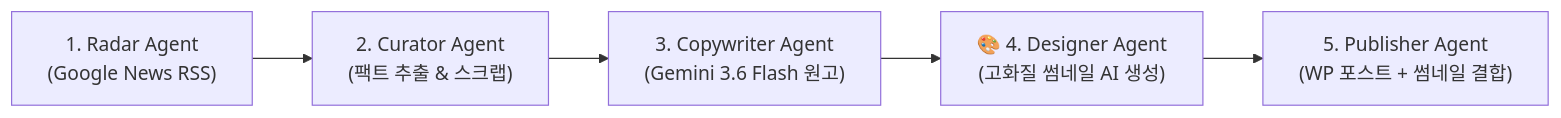
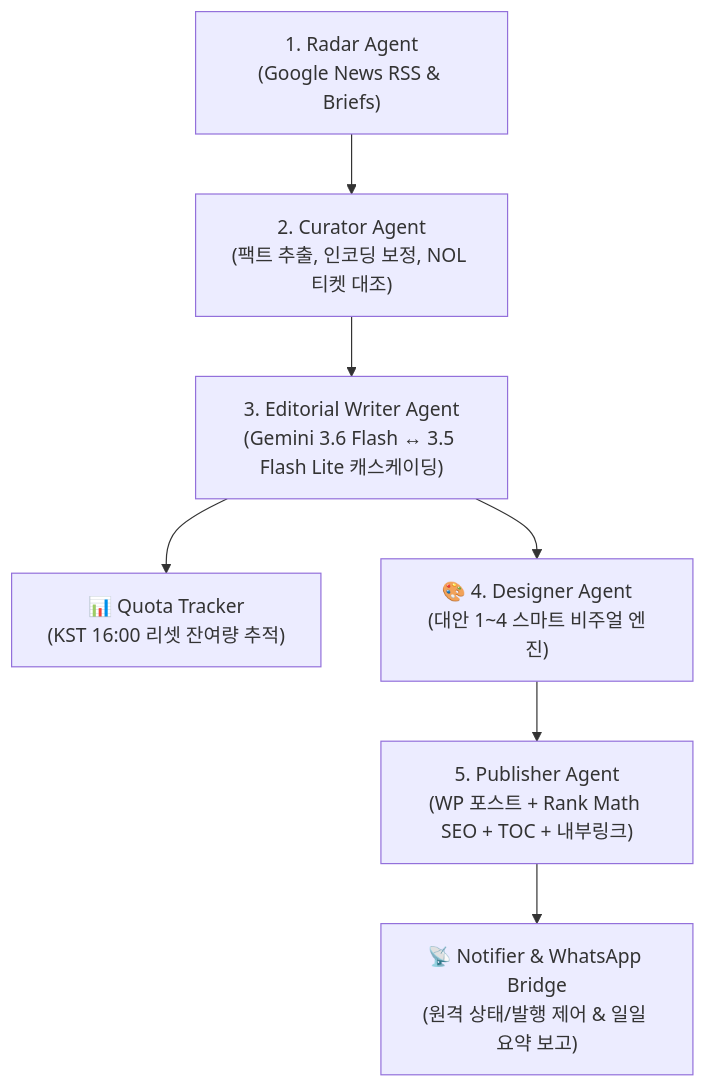
Before and after one commit to ostrichick/bloguito: the diagram in PROJECT_HANDOVER.md, drawn with Mermaid. The commit also changed other lines of this file and 45 other files, not shown here.

````diff
--- a/PROJECT_HANDOVER.md
+++ b/PROJECT_HANDOVER.md
@@ -73,7 +83,9 @@
 ```mermaid
-flowchart LR
-    A["1. Radar Agent<br/>(Google News RSS)"] --> B["2. Curator Agent<br/>(팩트 추출 & 스크랩)"]
-    B --> C["3. Copywriter Agent<br/>(Gemini 3.6 Flash 원고)"]
-    C --> D["🎨 4. Designer Agent<br/>(고화질 썸네일 AI 생성)"]
-    D --> E["5. Publisher Agent<br/>(WP 포스트 + 썸네일 결합)"]
+flowchart TD
+    A["1. Radar Agent<br/>(Google News RSS & Briefs)"] --> B["2. Curator Agent<br/>(팩트 추출, 인코딩 보정, NOL 티켓 대조)"]
+    B --> C["3. Editorial Writer Agent<br/>(Gemini 3.6 Flash ↔ 3.5 Flash Lite 캐스케이딩)"]
+    C --> D["📊 Quota Tracker<br/>(KST 16:00 리셋 잔여량 추적)"]
+    C --> E["🎨 4. Designer Agent<br/>(대안 1~4 스마트 비주얼 엔진)"]
+    E --> F["5. Publisher Agent<br/>(WP 포스트 + Rank Math SEO + TOC + 내부링크)"]
+    F --> G["📡 Notifier & WhatsApp Bridge<br/>(원격 상태/발행 제어 & 일일 요약 보고)"]
 ```
````
